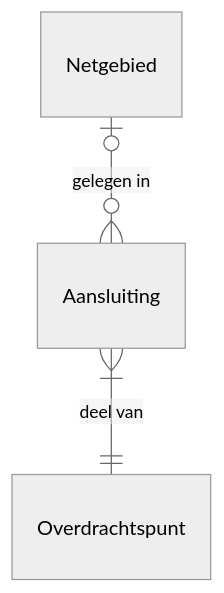
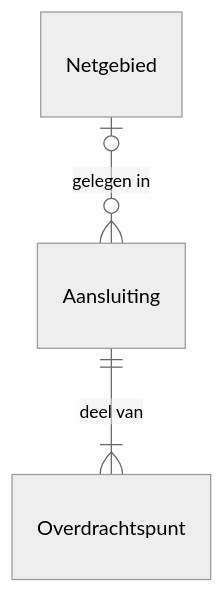
The fourth of 6 diagrams in docs/wegwijs.md (sefanja/nbnl-conceptuele-informatiemodellen), drawn with Mermaid (neutral theme) before and after one commit. The commit also changed other lines of this file and 8 other files, not shown here.

````diff
--- a/docs/wegwijs.md
+++ b/docs/wegwijs.md
@@ -79,5 +79,5 @@
 ```mermaid
 erDiagram
     Netgebied |o--o{ Aansluiting : "gelegen in"
-    Aansluiting }|--|| Overdrachtspunt : "deel van"
+    Aansluiting ||--|{ Overdrachtspunt : "deel van"
 ```
````
